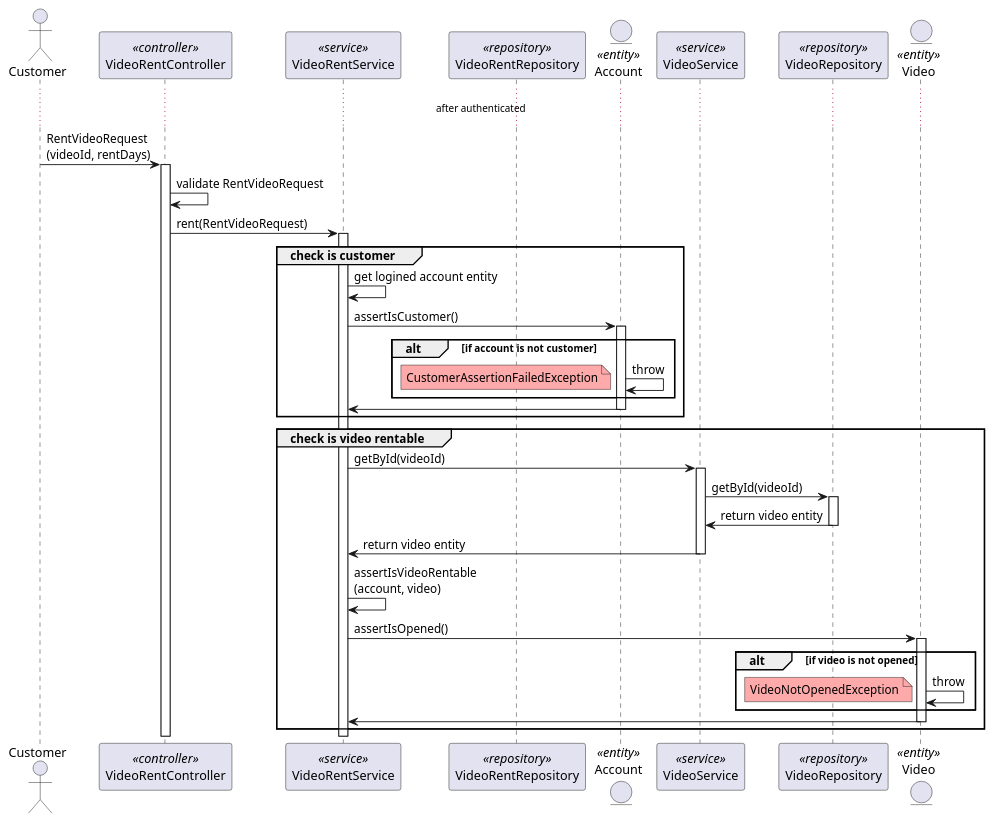
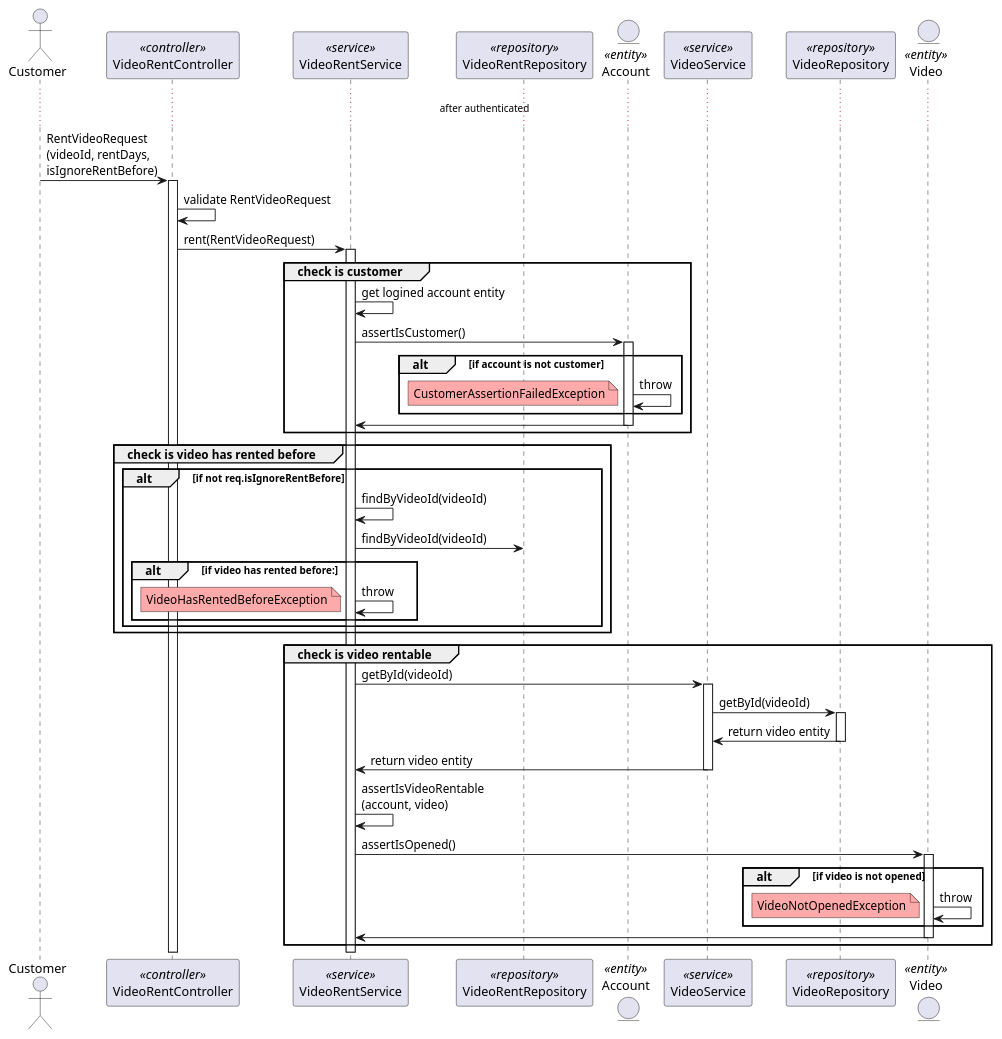
Before and after one commit to AYONC/videoshop: the diagram in docs/design/rent_video/1_check_rentable.puml, drawn with PlantUML.

Commit message:
설계문서에 요구사항 추가
- 대여하려는 비디오가 이전에 이미 대여한 적이 있는 비디오인 경우에 대한 예외처리

```diff
--- a/docs/design/rent_video/1_check_rentable.puml
+++ b/docs/design/rent_video/1_check_rentable.puml
@@ -1,60 +1,71 @@
 @startuml
 
 actor customer as "Customer"
 participant videoRentController as "VideoRentController" <<controller>>
 participant videoRentService as "VideoRentService" <<service>>
 participant videoRentRepository as "VideoRentRepository" <<repository>>
 entity account as "Account" <<entity>>
 participant videoService as "VideoService" <<service>>
 participant videoRepository as "VideoRepository" <<repository>>
 entity video as "Video" <<entity>>
 
 ... after authenticated ...
 
-customer -> videoRentController: RentVideoRequest\n(videoId, rentDays)
+customer -> videoRentController: RentVideoRequest\n(videoId, rentDays, \nisIgnoreRentBefore)
 activate videoRentController
 
 videoRentController -> videoRentController: validate RentVideoRequest
 
 videoRentController -> videoRentService: rent(RentVideoRequest)
 activate videoRentService
 
 group check is customer
     videoRentService -> videoRentService: get logined account entity
     videoRentService -> account: assertIsCustomer()
     activate account
 
     alt if account is not customer
         account -> account: throw
         note left #ffaaaa: CustomerAssertionFailedException
     end
 
     videoRentService <- account:
     deactivate account
+end
+
+group check is video has rented before
+    alt if not req.isIgnoreRentBefore
+        videoRentService -> videoRentService: findByVideoId(videoId)
+        videoRentService -> videoRentRepository: findByVideoId(videoId)
+        alt if video has rented before:
+            videoRentService -> videoRentService: throw
+            note left #ffaaaa: VideoHasRentedBeforeException
+        end
+    end
 end
 
 group check is video rentable
     videoRentService -> videoService: getById(videoId)
     activate videoService
     videoService -> videoRepository: getById(videoId)
     activate videoRepository
 
     videoService <- videoRepository: return video entity
     deactivate videoRepository
     videoRentService <- videoService: return video entity
     deactivate videoService
 
     videoRentService -> videoRentService: assertIsVideoRentable\n(account, video)
     videoRentService -> video: assertIsOpened()
     activate video
 
     alt if video is not opened
         video -> video: throw
         note left #ffaaaa: VideoNotOpenedException
     end
 
     videoRentService <- video:
     deactivate video
 end
 
 @enduml
```
